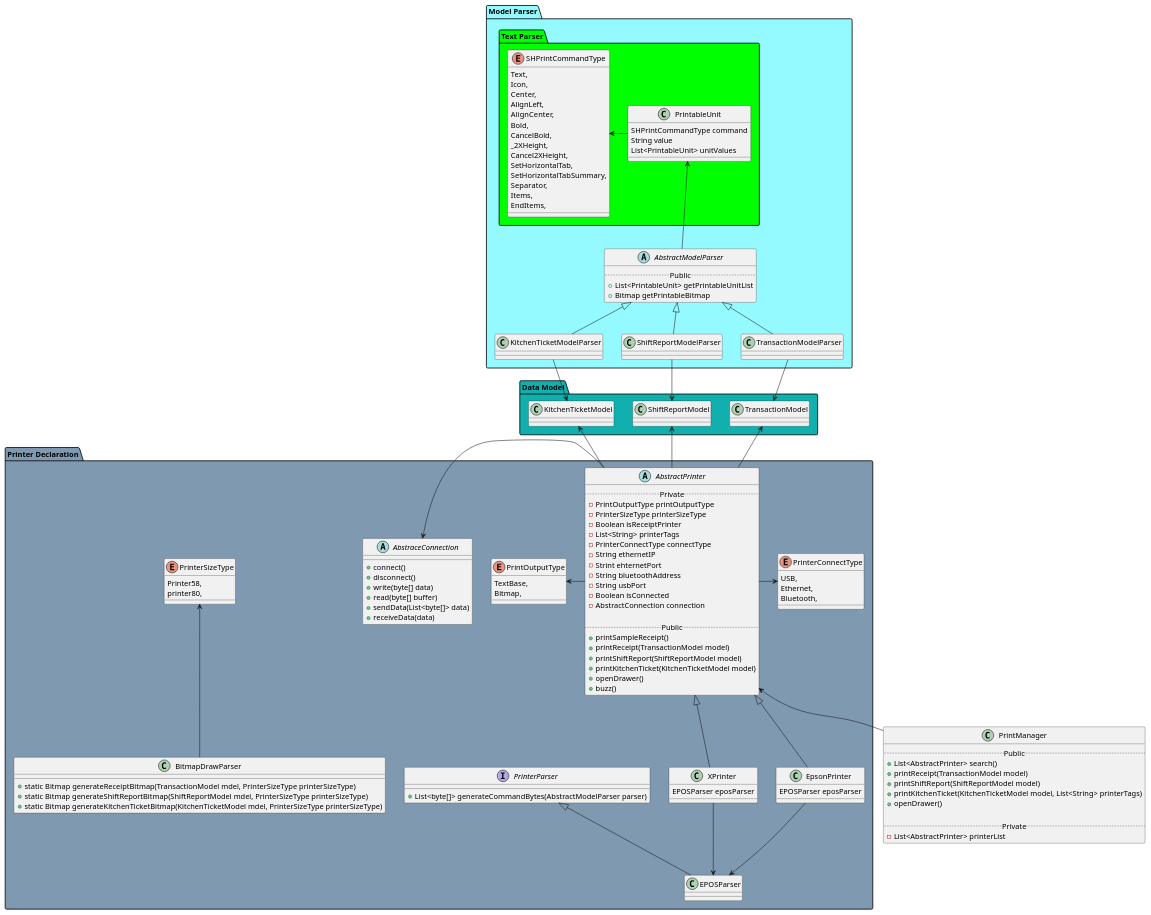
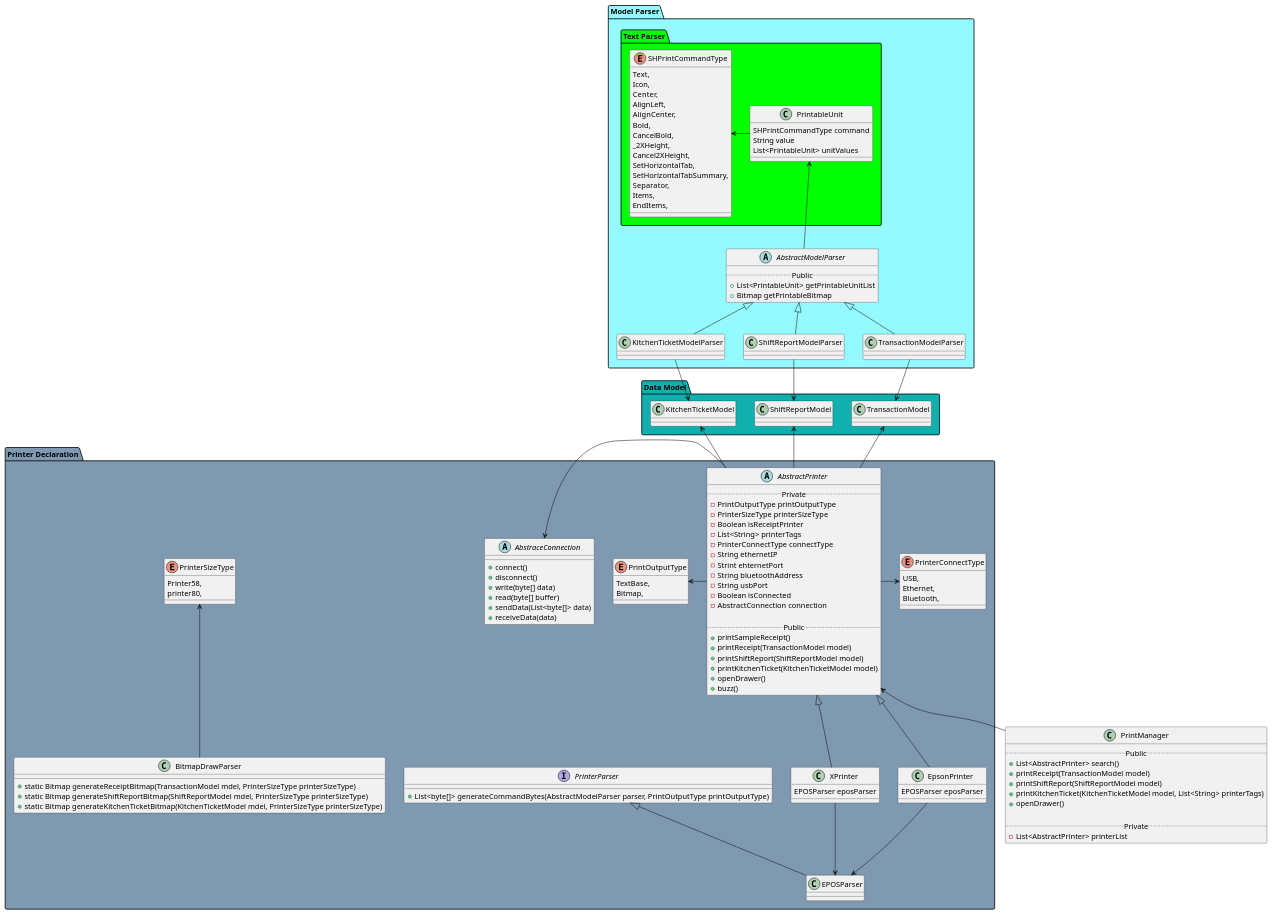
The diagram in src/example/printer.wsd (sumyfly/myUml), drawn with PlantUML before and after one commit.

Commit message:
Update IPrinterParser

```diff
--- a/src/example/printer.wsd
+++ b/src/example/printer.wsd
@@ -1,174 +1,174 @@
 @startuml printer
 
 package "Data Model" #11AFAE {
   class TransactionModel {
   }
 
   class ShiftReportModel {
   }
 
   class KitchenTicketModel {
   }
 
 }
 
 package "Model Parser" #94FAFF {
   package "Text Parser" #00FF00 {
 
     enum SHPrintCommandType {
       Text,
       Icon,
       Center,
       AlignLeft,
       AlignCenter,
       Bold,
       CancelBold,
       _2XHeight,
       Cancel2XHeight,
       SetHorizontalTab,
       SetHorizontalTabSummary,
       Separator,
       Items,
       EndItems,
     }
 
     class PrintableUnit {
       SHPrintCommandType command
       String value
       List<PrintableUnit> unitValues
     }
   }
 
   abstract class AbstractModelParser{
     .. Public ..
     + List<PrintableUnit> getPrintableUnitList
     + Bitmap getPrintableBitmap
   }
 
   SHPrintCommandType <- PrintableUnit
 
   class TransactionModelParser {
   }
 
   class ShiftReportModelParser {
   }
 
   class KitchenTicketModelParser {
   }
 
   PrintableUnit <-- AbstractModelParser
 
   AbstractModelParser <|-- TransactionModelParser
   TransactionModelParser --> TransactionModel
 
   AbstractModelParser <|-- ShiftReportModelParser
   ShiftReportModelParser --> ShiftReportModel
 
   AbstractModelParser <|-- KitchenTicketModelParser
   KitchenTicketModelParser --> KitchenTicketModel
 }
 
 package "Printer Declaration" #7F99B1 {
   enum PrinterConnectType{
     USB,
     Ethernet,
     Bluetooth,
   }
 
   enum PrintOutputType {
     TextBase,
     Bitmap,
   }
 
   abstract class AbstraceConnection {
     + connect()
     + disconnect()
     + write(byte[] data)
     + read(byte[] buffer)
     + sendData(List<byte[]> data)
     + receiveData(data)
   }
 
   abstract class AbstractPrinter{
     .. Private ..
     - PrintOutputType printOutputType
     - PrinterSizeType printerSizeType
     - Boolean isReceiptPrinter
     - List<String> printerTags
     - PrinterConnectType connectType
     - String ethernetIP
     - Strint ehternetPort
     - String bluetoothAddress
     - String usbPort
     - Boolean isConnected
     - AbstractConnection connection
 
     .. Public ..
     + printSampleReceipt()
     + printReceipt(TransactionModel model)
     + printShiftReport(ShiftReportModel model)
     + printKitchenTicket(KitchenTicketModel model)
     + openDrawer()
     + buzz()
   }
 
   PrintOutputType <- AbstractPrinter
   AbstraceConnection <- AbstractPrinter
   AbstractPrinter -> PrinterConnectType
 
   TransactionModel <-- AbstractPrinter
   ShiftReportModel <-- AbstractPrinter
   KitchenTicketModel <-- AbstractPrinter
 
   interface PrinterParser {
-    + List<byte[]> generateCommandBytes(AbstractModelParser parser)
+    + List<byte[]> generateCommandBytes(AbstractModelParser parser, PrintOutputType printOutputType)
   }
 
   class EPOSParser {
   }
 
   class XPrinter {
     EPOSParser eposParser
   }
 
   class EpsonPrinter {
     EPOSParser eposParser
   }
 
   AbstractPrinter <|-- XPrinter
   XPrinter --> EPOSParser
 
   AbstractPrinter <|-- EpsonPrinter
   EpsonPrinter --> EPOSParser
 
   enum PrinterSizeType {
     Printer58,
     printer80,
   }
 
   class BitmapDrawParser {
     + static Bitmap generateReceiptBitmap(TransactionModel mdel, PrinterSizeType printerSizeType)
     + static Bitmap generateShiftReportBitmap(ShiftReportModel mdel, PrinterSizeType printerSizeType)
     + static Bitmap generateKitchenTicketBitmap(KitchenTicketModel mdel, PrinterSizeType printerSizeType)
   }
 
   PrinterSizeType <-- BitmapDrawParser
 
   PrinterParser  <|-- EPOSParser
 }
 
 class PrintManager {
   .. Public ..
   + List<AbstractPrinter> search()
   + printReceipt(TransactionModel model)
   + printShiftReport(ShiftReportModel model)
   + printKitchenTicket(KitchenTicketModel model, List<String> printerTags)
   + openDrawer()
 
   .. Private ..
   - List<AbstractPrinter> printerList
 }
 
 AbstractPrinter <-- PrintManager
 
 @enduml
```
